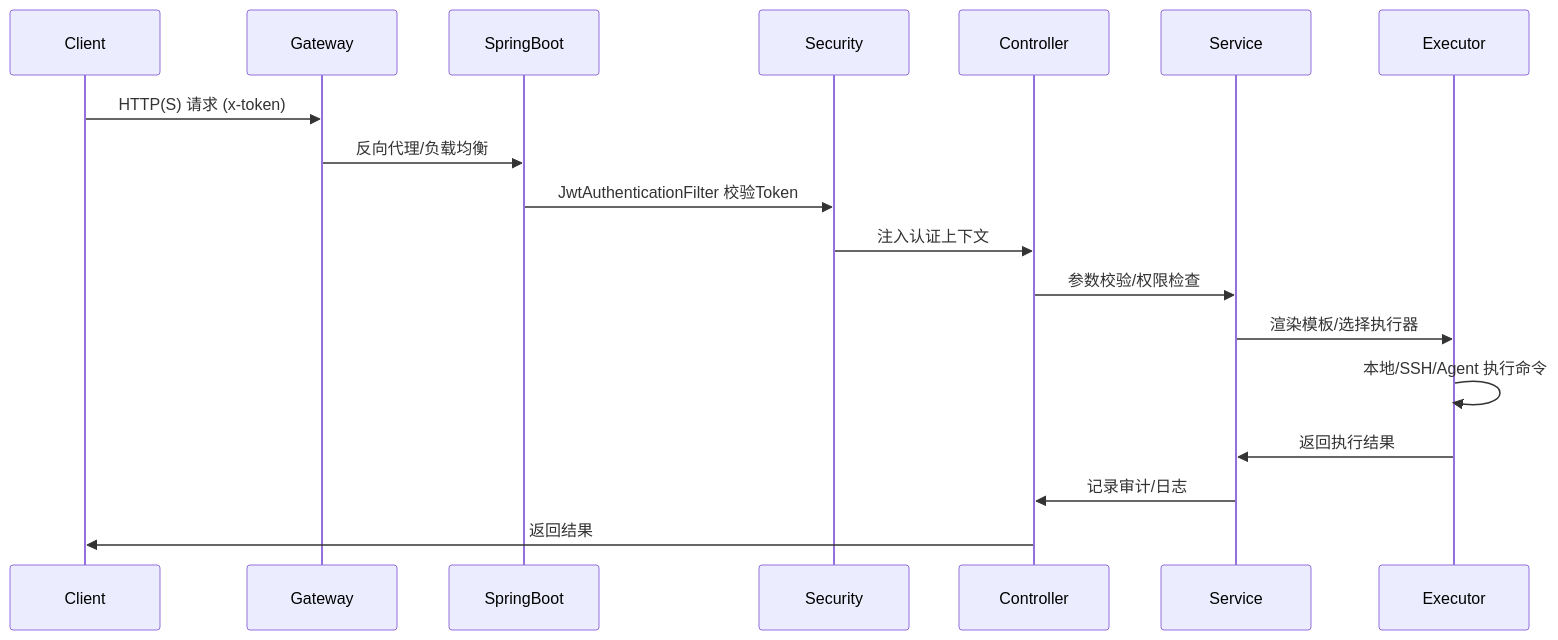
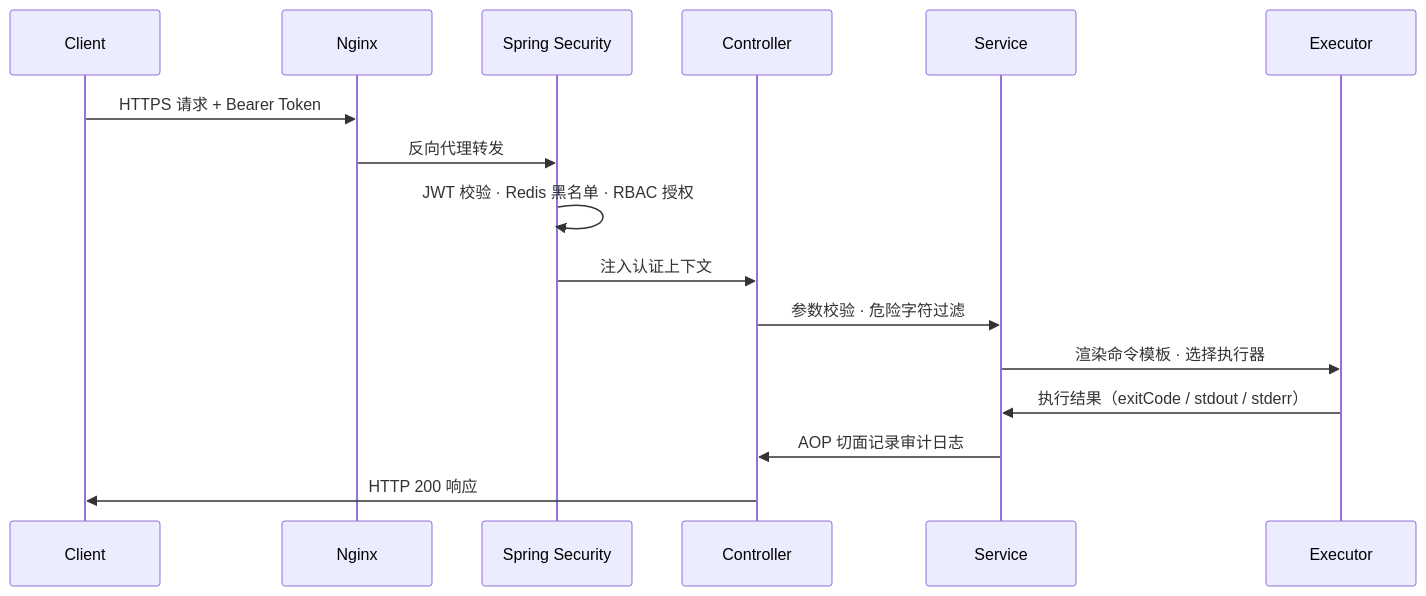
One commit to paul-yangmy/httprun-java changed the first of 4 diagrams in ARCHITECTURE.md. Above: the diagram before and after it, drawn with Mermaid. The commit also changed other lines of this file, not shown here.

````diff
--- a/ARCHITECTURE.md
+++ b/ARCHITECTURE.md
@@ -74,20 +73,19 @@
 ```mermaid
 sequenceDiagram
     participant Client
-    participant Gateway
-    participant SpringBoot
-    participant Security
+    participant Nginx
+    participant Security as Spring Security
     participant Controller
     participant Service
     participant Executor
-    Client->>Gateway: HTTP(S) 请求 (x-token)
-    Gateway->>SpringBoot: 反向代理/负载均衡
-    SpringBoot->>Security: JwtAuthenticationFilter 校验Token
+
+    Client->>Nginx: HTTPS 请求 + Bearer Token
+    Nginx->>Security: 反向代理转发
+    Security->>Security: JWT 校验 · Redis 黑名单 · RBAC 授权
     Security->>Controller: 注入认证上下文
-    Controller->>Service: 参数校验/权限检查
-    Service->>Executor: 渲染模板/选择执行器
-    Executor->>Executor: 本地/SSH/Agent 执行命令
-    Executor->>Service: 返回执行结果
-    Service->>Controller: 记录审计/日志
-    Controller->>Client: 返回结果
+    Controller->>Service: 参数校验 · 危险字符过滤
+    Service->>Executor: 渲染命令模板 · 选择执行器
+    Executor->>Service: 执行结果（exitCode / stdout / stderr）
+    Service->>Controller: AOP 切面记录审计日志
+    Controller->>Client: HTTP 200 响应
 ```
````
